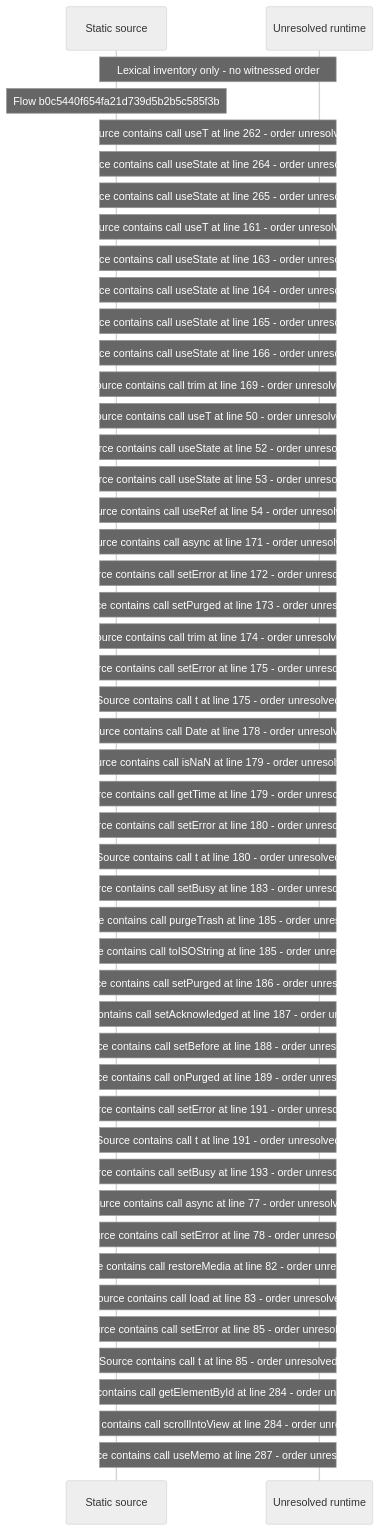
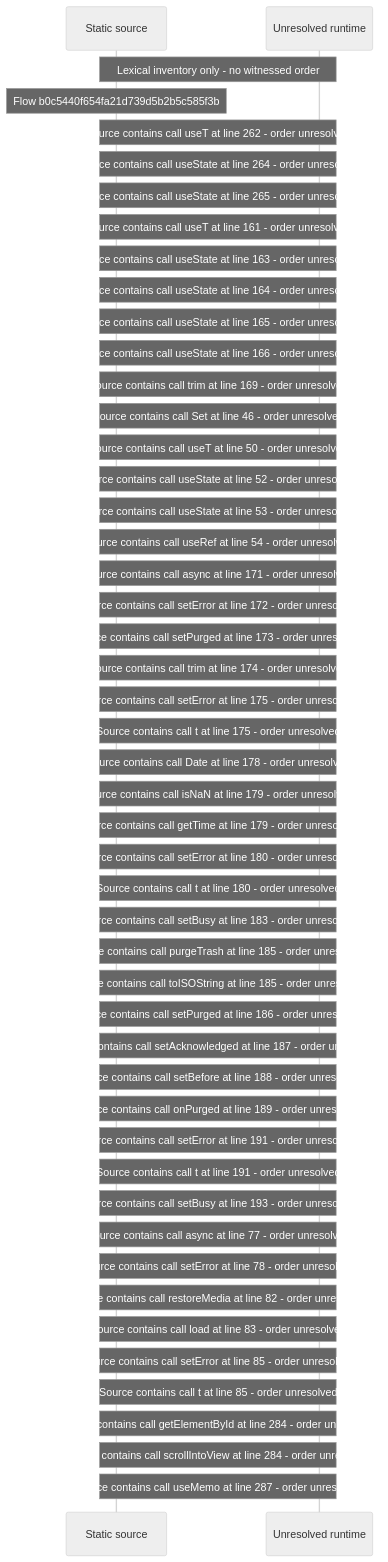
One commit to beamfall/core changed the diagram in docs/web/flows/generated/b0c5440f654fa21d739d5b2b5c585f3b/flow-diagram.md. Above: the diagram before and after it, drawn with Mermaid (neutral theme). The commit also changed other lines of this file and 707 other files, not shown here.

Commit message:
Regenerate the web flow record with flow generator version 6

````diff
--- a/docs/web/flows/generated/b0c5440f654fa21d739d5b2b5c585f3b/flow-diagram.md
+++ b/docs/web/flows/generated/b0c5440f654fa21d739d5b2b5c585f3b/flow-diagram.md
@@ -10,50 +10,51 @@
 ```mermaid
 sequenceDiagram
     participant S as Static source
     participant U as Unresolved runtime
     Note over S,U: Lexical inventory only - no witnessed order
     Note over S: Flow b0c5440f654fa21d739d5b2b5c585f3b
     Note over S,U: Source contains call useT at line 262 - order unresolved
     Note over S,U: Source contains call useState at line 264 - order unresolved
     Note over S,U: Source contains call useState at line 265 - order unresolved
     Note over S,U: Source contains call useT at line 161 - order unresolved
     Note over S,U: Source contains call useState at line 163 - order unresolved
     Note over S,U: Source contains call useState at line 164 - order unresolved
     Note over S,U: Source contains call useState at line 165 - order unresolved
     Note over S,U: Source contains call useState at line 166 - order unresolved
     Note over S,U: Source contains call trim at line 169 - order unresolved
+    Note over S,U: Source contains call Set at line 46 - order unresolved
     Note over S,U: Source contains call useT at line 50 - order unresolved
     Note over S,U: Source contains call useState at line 52 - order unresolved
     Note over S,U: Source contains call useState at line 53 - order unresolved
     Note over S,U: Source contains call useRef at line 54 - order unresolved
     Note over S,U: Source contains call async at line 171 - order unresolved
     Note over S,U: Source contains call setError at line 172 - order unresolved
     Note over S,U: Source contains call setPurged at line 173 - order unresolved
     Note over S,U: Source contains call trim at line 174 - order unresolved
     Note over S,U: Source contains call setError at line 175 - order unresolved
     Note over S,U: Source contains call t at line 175 - order unresolved
     Note over S,U: Source contains call Date at line 178 - order unresolved
     Note over S,U: Source contains call isNaN at line 179 - order unresolved
     Note over S,U: Source contains call getTime at line 179 - order unresolved
     Note over S,U: Source contains call setError at line 180 - order unresolved
     Note over S,U: Source contains call t at line 180 - order unresolved
     Note over S,U: Source contains call setBusy at line 183 - order unresolved
     Note over S,U: Source contains call purgeTrash at line 185 - order unresolved
     Note over S,U: Source contains call toISOString at line 185 - order unresolved
     Note over S,U: Source contains call setPurged at line 186 - order unresolved
     Note over S,U: Source contains call setAcknowledged at line 187 - order unresolved
     Note over S,U: Source contains call setBefore at line 188 - order unresolved
     Note over S,U: Source contains call onPurged at line 189 - order unresolved
     Note over S,U: Source contains call setError at line 191 - order unresolved
     Note over S,U: Source contains call t at line 191 - order unresolved
     Note over S,U: Source contains call setBusy at line 193 - order unresolved
     Note over S,U: Source contains call async at line 77 - order unresolved
     Note over S,U: Source contains call setError at line 78 - order unresolved
     Note over S,U: Source contains call restoreMedia at line 82 - order unresolved
     Note over S,U: Source contains call load at line 83 - order unresolved
     Note over S,U: Source contains call setError at line 85 - order unresolved
     Note over S,U: Source contains call t at line 85 - order unresolved
     Note over S,U: Source contains call getElementById at line 284 - order unresolved
     Note over S,U: Source contains call scrollIntoView at line 284 - order unresolved
     Note over S,U: Source contains call useMemo at line 287 - order unresolved
 ```
````
